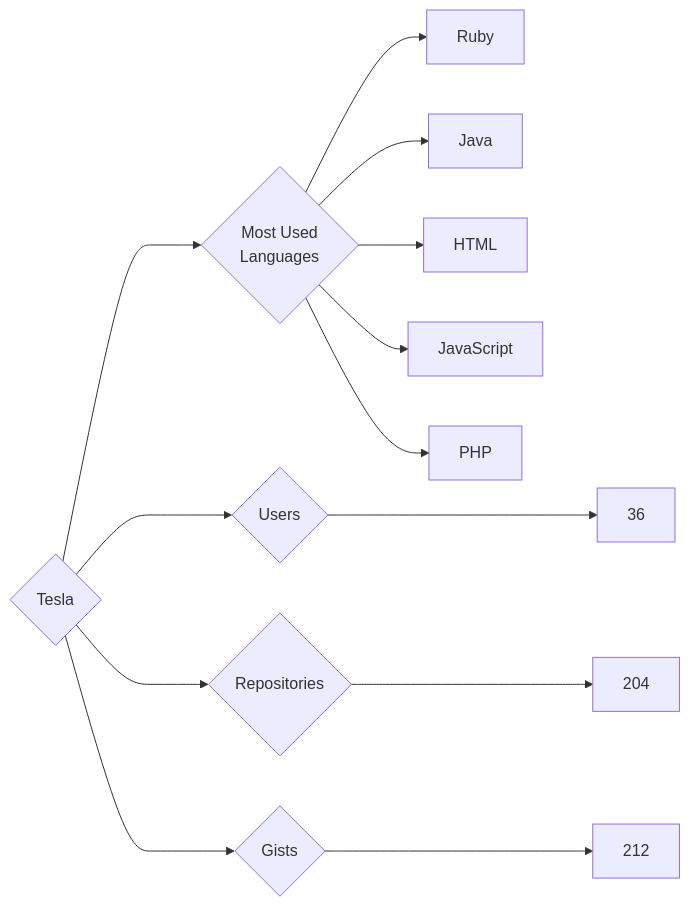
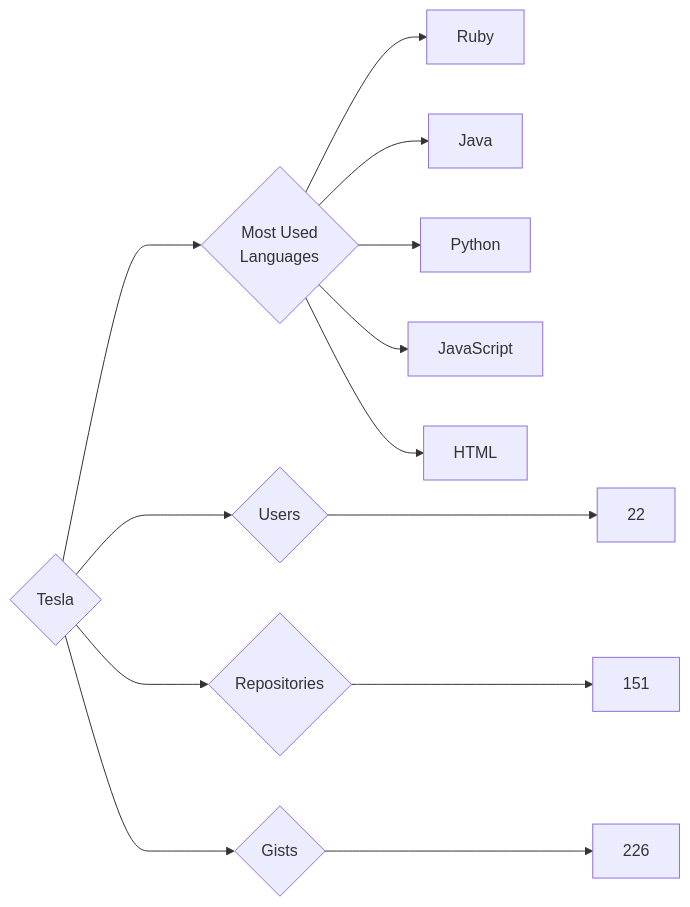
The diagram in targets/Tesla/README.md (trickest/insiders), drawn with Mermaid before and after one commit. The commit also changed 969 other files, not shown here.

````diff
--- a/targets/Tesla/README.md
+++ b/targets/Tesla/README.md
@@ -3,13 +3,13 @@
 ```mermaid
 graph LR
 COMPANY_NAME{Tesla}
-COMPANY_NAME ---> U{Users} ---> UN[36]
-COMPANY_NAME ---> R{Repositories} ---> RN[204]
-COMPANY_NAME ---> G{Gists} ---> GN[212]
+COMPANY_NAME ---> U{Users} ---> UN[22]
+COMPANY_NAME ---> R{Repositories} ---> RN[151]
+COMPANY_NAME ---> G{Gists} ---> GN[226]
 COMPANY_NAME ---> ML{Most Used<br>Languages}
 ML --> Ruby[Ruby]
 ML --> Java[Java]
+ML --> Python[Python]
+ML --> JavaScript[JavaScript]
 ML --> HTML[HTML]
-ML --> JavaScript[JavaScript]
-ML --> PHP[PHP]
 ```
````
